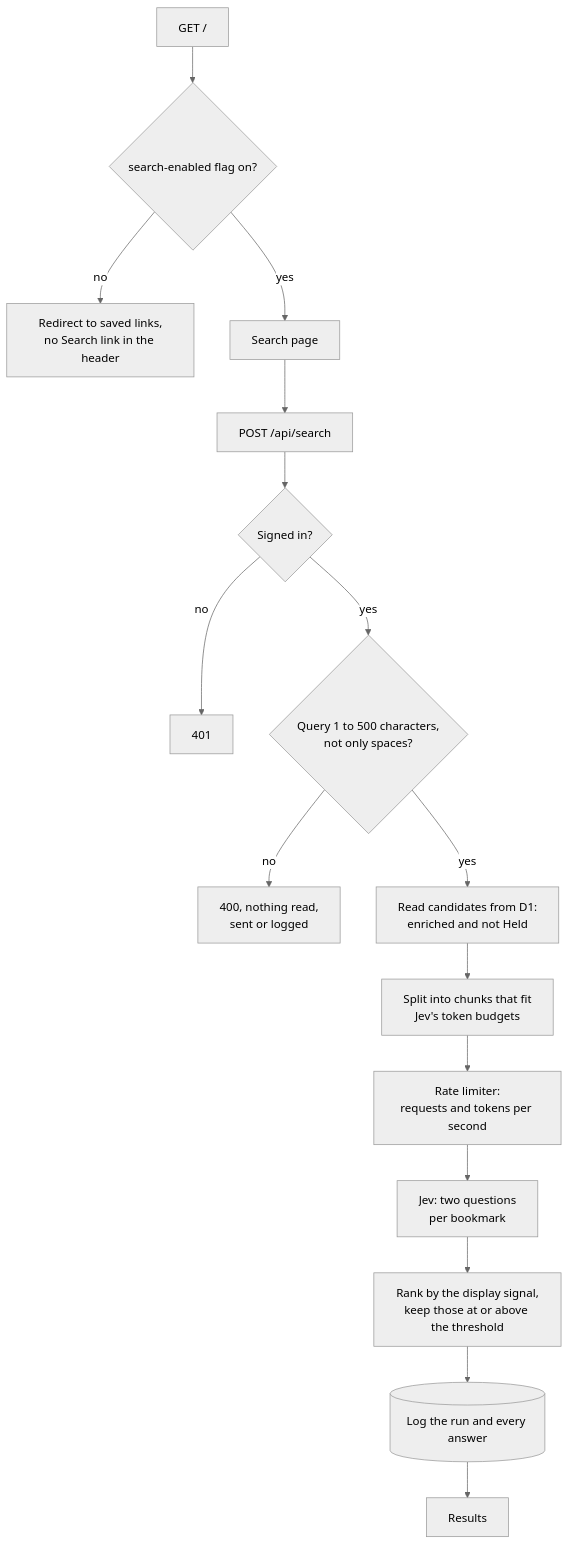
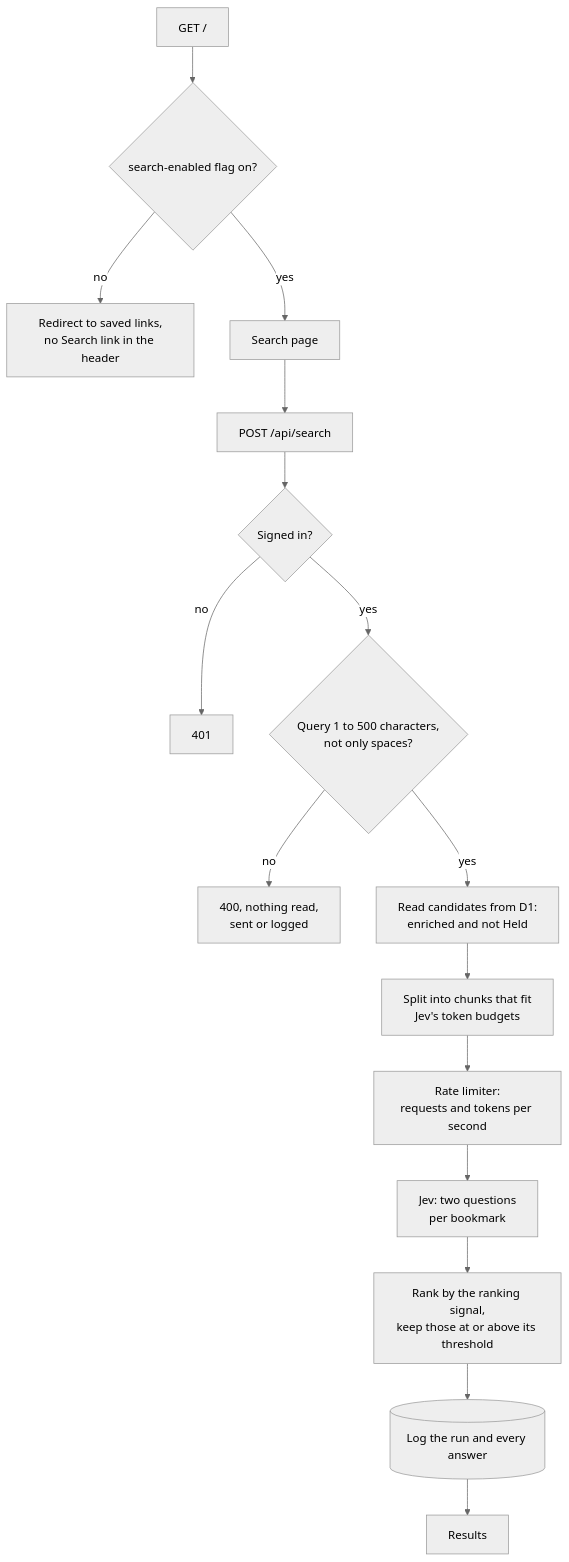
One commit to schalkneethling/schalkneethling.com changed the second of 2 diagrams in src/content/drafts/haystack-search-with-jev.md. Above: the diagram before and after it, drawn with Mermaid (neutral theme). The commit also changed other lines of this file, not shown here.

````diff
--- a/src/content/drafts/haystack-search-with-jev.md
+++ b/src/content/drafts/haystack-search-with-jev.md
@@ -73,18 +73,18 @@
 ```mermaid
 flowchart TD
     P[GET /] --> F{search-enabled flag on?}
     F -- no --> X2[Redirect to saved links,<br>no Search link in the header]
     F -- yes --> SP[Search page]
     SP --> Q[POST /api/search]
     Q --> S{Signed in?}
     S -- no --> X1[401]
     S -- yes --> V{Query 1 to 500 characters,<br>not only spaces?}
     V -- no --> X3[400, nothing read,<br>sent or logged]
     V -- yes --> C[Read candidates from D1:<br>enriched and not Held]
     C --> CH[Split into chunks that fit<br>Jev's token budgets]
     CH --> LIM[Rate limiter:<br>requests and tokens per second]
     LIM --> J[Jev: two questions<br>per bookmark]
-    J --> R[Rank by the display signal,<br>keep those at or above the threshold]
+    J --> R[Rank by the ranking signal,<br>keep those at or above its threshold]
     R --> LOG[(Log the run and every answer)]
     LOG --> OUT[Results]
 ```
````
